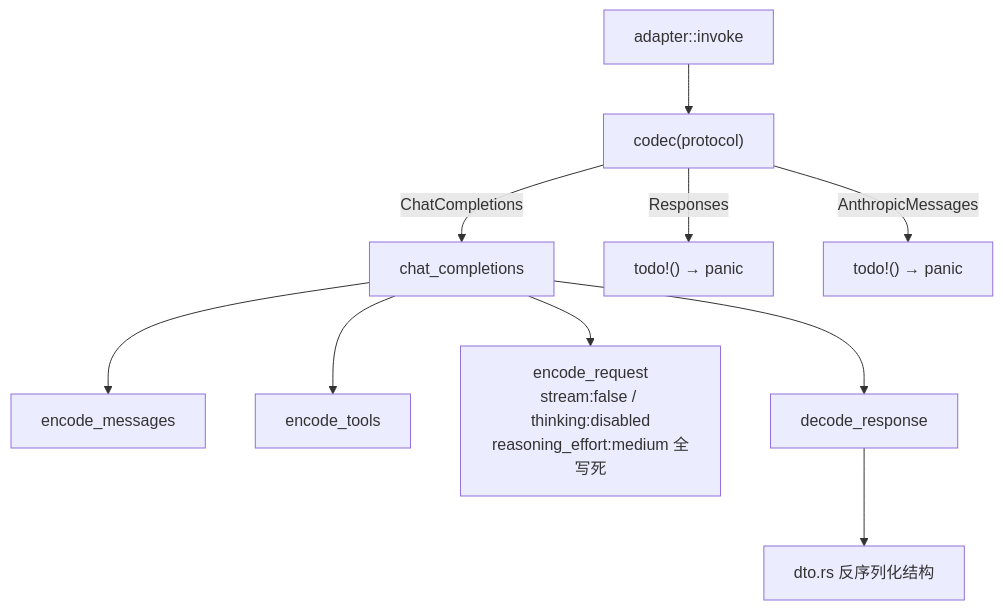
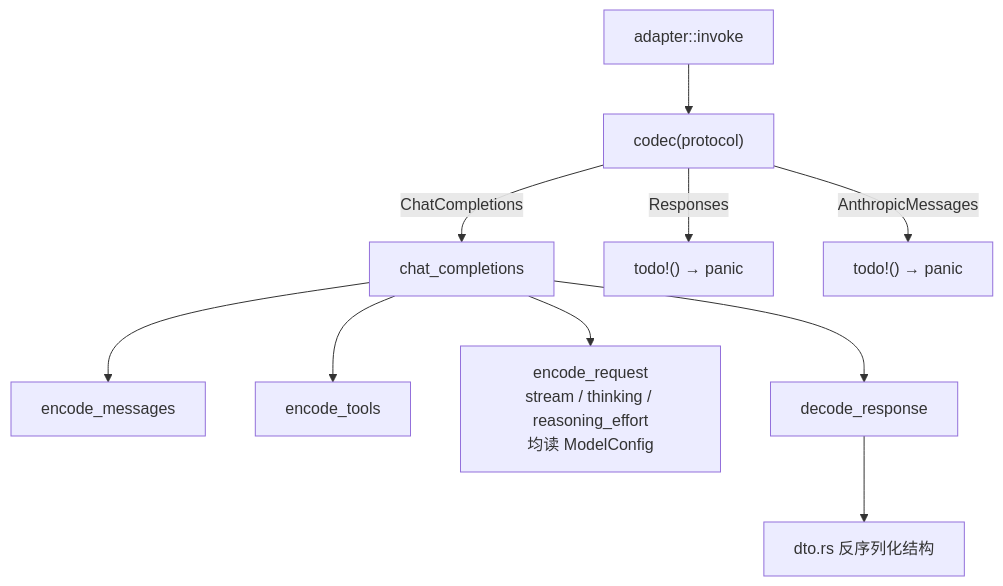
One commit to Seann0824/Shirley changed the seventh of 9 diagrams in docs/architecture.md. Above: the diagram before and after it, drawn with Mermaid. The commit also changed other lines of this file and 5 other files, not shown here.

````diff
--- a/docs/architecture.md
+++ b/docs/architecture.md
@@ -138,12 +142,12 @@
 ```mermaid
 graph TD
     INV["adapter::invoke"] --> CODEC["codec(protocol)"]
     CODEC -->|ChatCompletions| CC["chat_completions"]
     CODEC -->|Responses| P1["todo!() → panic"]
     CODEC -->|AnthropicMessages| P2["todo!() → panic"]
     CC --> EM["encode_messages"]
     CC --> ET["encode_tools"]
-    CC --> ER["encode_request<br/>stream:false / thinking:disabled<br/>reasoning_effort:medium 全写死"]
+    CC --> ER["encode_request<br/>stream / thinking / reasoning_effort<br/>均读 ModelConfig"]
     CC --> DR["decode_response"]
     DR --> DTO["dto.rs 反序列化结构"]
 ```
````
